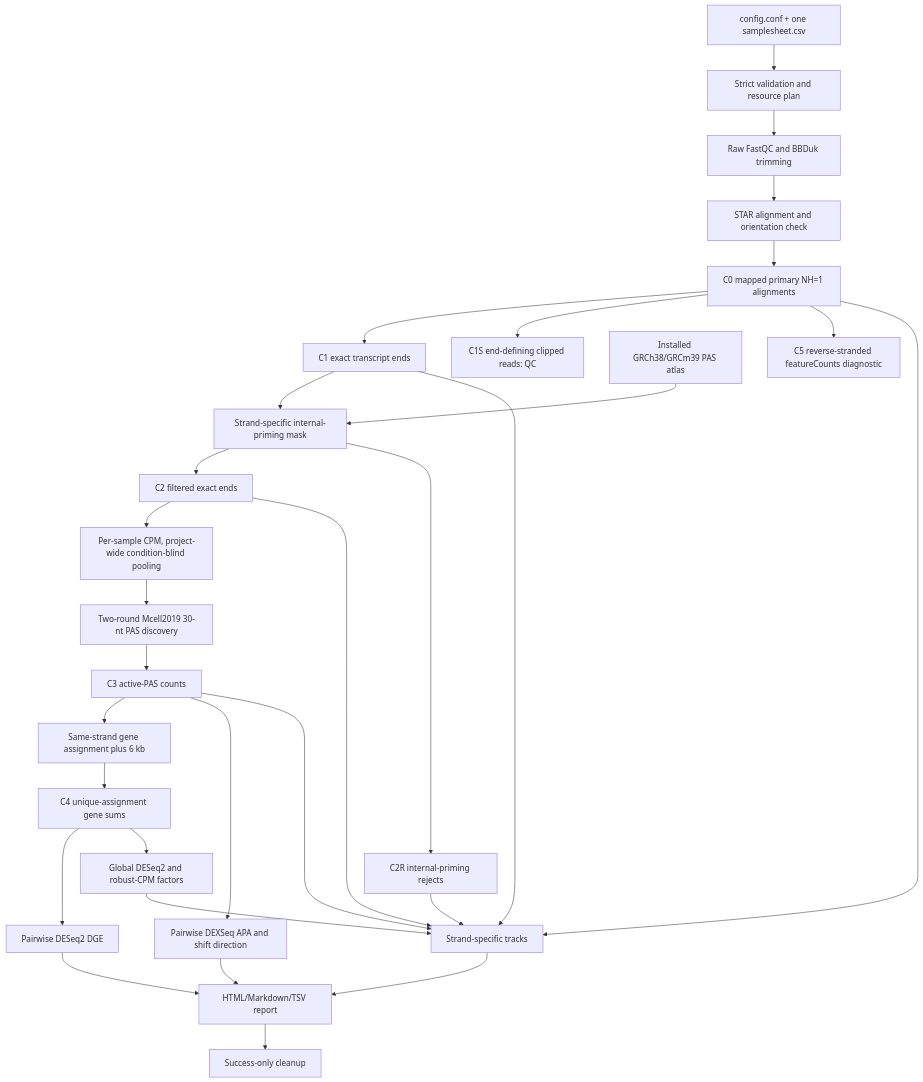
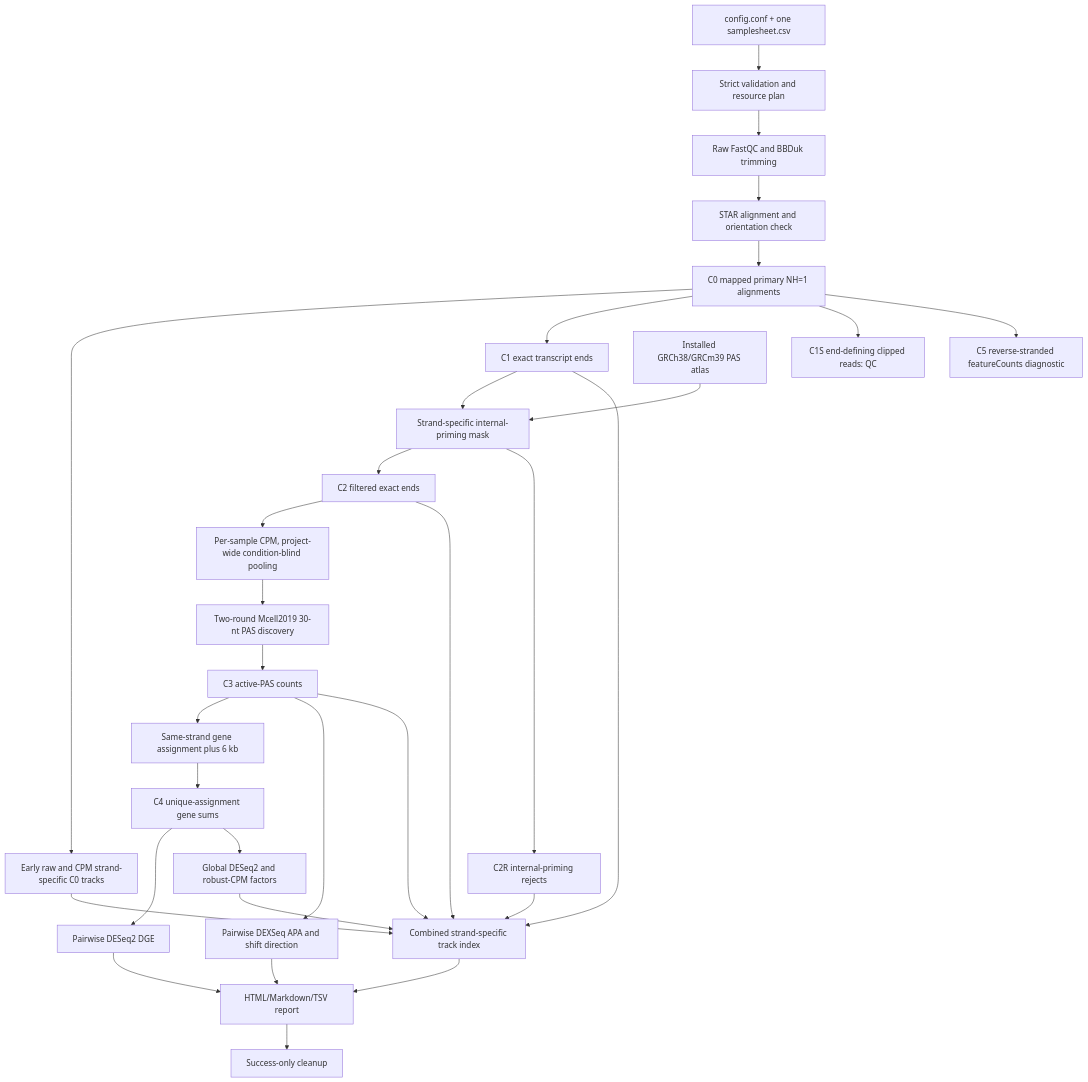
One commit to MichalGd/rna_ends2tracks changed the diagram in README.md. Above: the diagram before and after it, drawn with Mermaid. The commit also changed other lines of this file and 12 other files, not shown here.

Commit message:
Add resumable early C0 track stage

````diff
--- a/README.md
+++ b/README.md
@@ -23,32 +23,33 @@
 ```mermaid
 flowchart TD
     SS[config.conf + one samplesheet.csv] --> V[Strict validation and resource plan]
     V --> QT[Raw FastQC and BBDuk trimming]
     QT --> STAR[STAR alignment and orientation check]
     STAR --> C0[C0 mapped primary NH=1 alignments]
+    C0 --> C0TRACKS[Early raw and CPM strand-specific C0 tracks]
     C0 --> C1[C1 exact transcript ends]
     C0 --> C1S[C1S end-defining clipped reads: QC]
     C1 --> MASK[Strand-specific internal-priming mask]
     ATLAS[Installed GRCh38/GRCm39 PAS atlas] --> MASK
     MASK --> C2[C2 filtered exact ends]
     MASK --> C2R[C2R internal-priming rejects]
     C2 --> POOL[Per-sample CPM, project-wide condition-blind pooling]
     POOL --> PAS[Two-round Mcell2019 30-nt PAS discovery]
     PAS --> C3[C3 active-PAS counts]
     C3 --> ASSIGN[Same-strand gene assignment plus 6 kb]
     ASSIGN --> C4[C4 unique-assignment gene sums]
     C0 --> C5[C5 reverse-stranded featureCounts diagnostic]
     C4 --> DGE[Pairwise DESeq2 DGE]
     C3 --> APA[Pairwise DEXSeq APA and shift direction]
     C4 --> SF[Global DESeq2 and robust-CPM factors]
-    C0 --> TRACKS[Strand-specific tracks]
+    C0TRACKS --> TRACKS[Combined strand-specific track index]
     C1 --> TRACKS
     C2 --> TRACKS
     C2R --> TRACKS
     C3 --> TRACKS
     SF --> TRACKS
     DGE --> REPORT[HTML/Markdown/TSV report]
     APA --> REPORT
     TRACKS --> REPORT
     REPORT --> CLEAN[Success-only cleanup]
 ```
````
